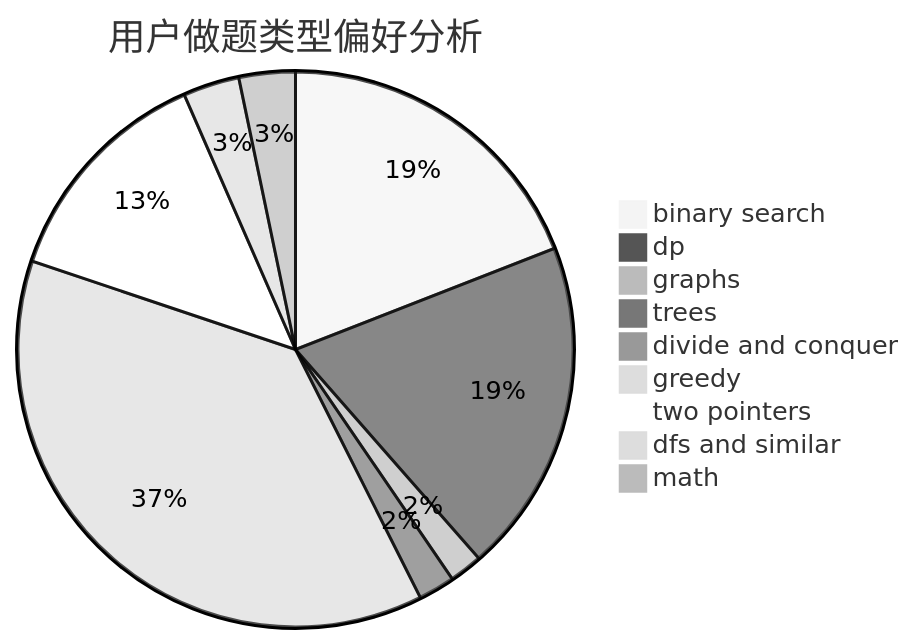
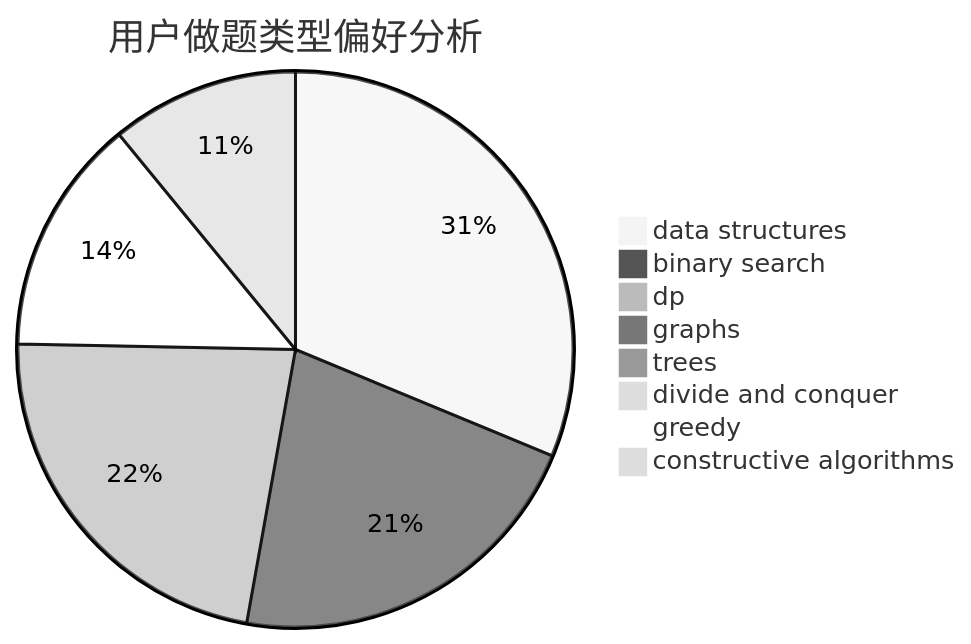
Before and after one commit to sherpahu/cfrs.github.io: the second of 3 diagrams in docs/user/u1324.md, drawn with Mermaid (neutral theme). The commit also changed other lines of this file and 2775 other files, not shown here.

````diff
--- a/docs/user/u1324.md
+++ b/docs/user/u1324.md
@@ -23,12 +23,11 @@
 ```mermaid
 pie title 用户做题类型偏好分析
-    "binary search" :  99
-    "dp" :  101
-    "graphs" :  10
-    "trees" :  11
-    "divide and conquer" :  2
-    "greedy" :  195
-    "two pointers" :  69
-    "dfs and similar" :  17
-    "math" :  17
+    "data structures" :  100
+    "binary search" :  69
+    "dp" :  72
+    "graphs" :  1
+    "trees" :  2
+    "divide and conquer" :  0
+    "greedy" :  44
+    "constructive algorithms" :  35
 ```
````
